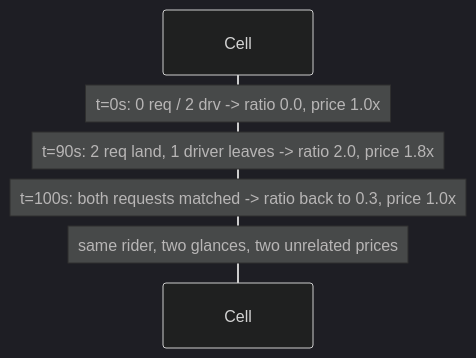
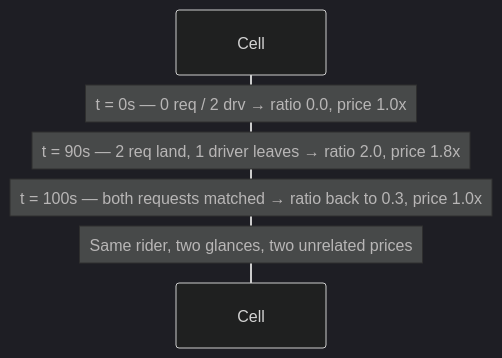
One commit to riyaz-pasha/Learnings changed the fourth of 13 diagrams in system-design/HLD/0-course/53-Design-Uber-Surge-Pricing-Engine-FAANG-Guide-story.md. Above: the diagram before and after it, drawn with Mermaid (dark theme). The commit also changed other lines of this file and 1 other file, not shown here.

Commit message:
[REWRITE] Uber Surge Pricing Engine story guide: simplify prose, add structure, fix diagrams

````diff
--- a/system-design/HLD/0-course/53-Design-Uber-Surge-Pricing-Engine-FAANG-Guide-story.md
+++ b/system-design/HLD/0-course/53-Design-Uber-Surge-Pricing-Engine-FAANG-Guide-story.md
@@ -86,8 +213,8 @@
 ```mermaid
 sequenceDiagram
     participant Cell as Cell #4471 (instant ratio)
-    Note over Cell: t=0s: 0 req / 2 drv -> ratio 0.0, price 1.0x
-    Note over Cell: t=90s: 2 req land, 1 driver leaves -> ratio 2.0, price 1.8x
-    Note over Cell: t=100s: both requests matched -> ratio back to 0.3, price 1.0x
-    Note over Cell: same rider, two glances, two unrelated prices
+    Note over Cell: t = 0s — 0 req / 2 drv → ratio 0.0, price 1.0x
+    Note over Cell: t = 90s — 2 req land, 1 driver leaves → ratio 2.0, price 1.8x
+    Note over Cell: t = 100s — both requests matched → ratio back to 0.3, price 1.0x
+    Note over Cell: Same rider, two glances, two unrelated prices
 ```
````
